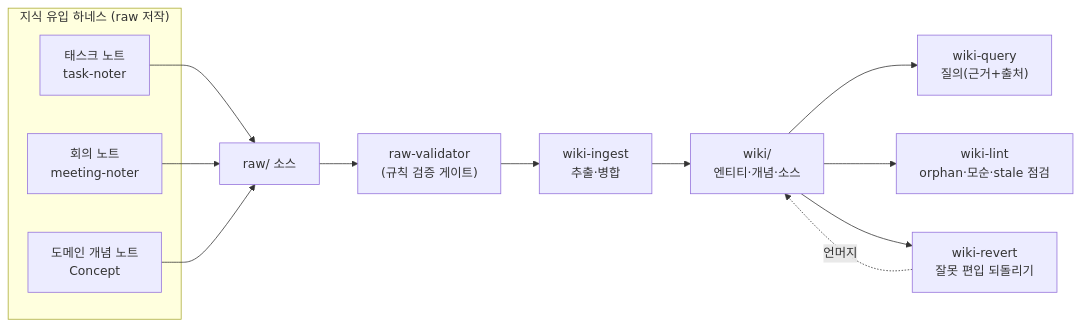
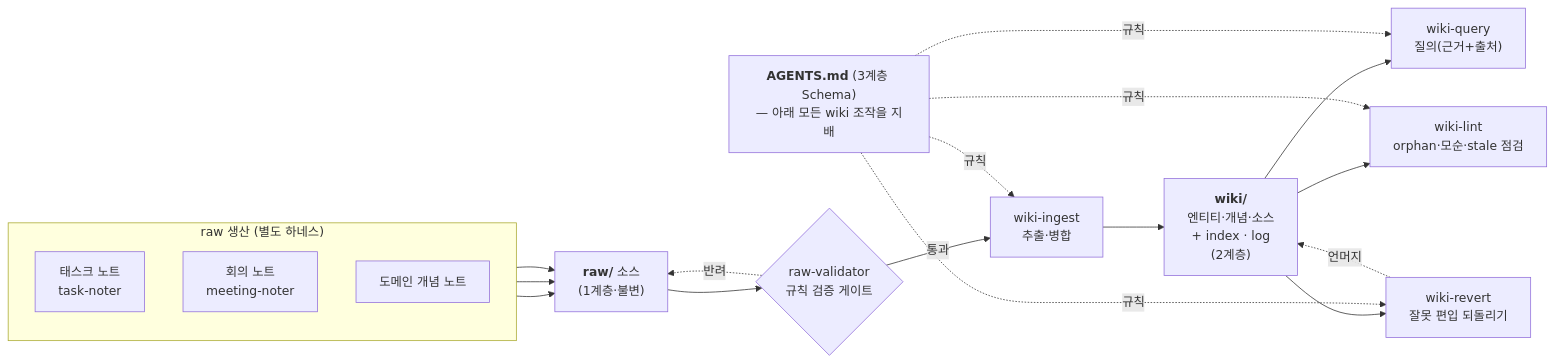
Before and after one commit to jsyang-dev/lucid-log: the first of 2 diagrams in src/content/blog/LLM-Wiki-하네스-구현-사례.md, drawn with Mermaid. The commit also changed other lines of this file and 1 other file, not shown here.

````diff
--- a/src/content/blog/LLM-Wiki-하네스-구현-사례.md
+++ b/src/content/blog/LLM-Wiki-하네스-구현-사례.md
@@ -84,24 +117,33 @@
 ```mermaid
 flowchart LR
-    subgraph FEED["지식 유입 하네스 (raw 저작)"]
+    subgraph FEED["raw 생산 (별도 하네스)"]
+        direction TB
         T["태스크 노트<br/>task-noter"]
         M["회의 노트<br/>meeting-noter"]
-        C["도메인 개념 노트<br/>Concept"]
+        C["도메인 개념 노트"]
     end
-    RAW["raw/ 소스"]
-    VAL["raw-validator<br/>(규칙 검증 게이트)"]
+
+    RAW["<b>raw/</b> 소스<br/>(1계층·불변)"]
+    VAL{"raw-validator<br/>규칙 검증 게이트"}
     ING["wiki-ingest<br/>추출·병합"]
-    WIKI["wiki/<br/>엔티티·개념·소스"]
+    WIKI["<b>wiki/</b><br/>엔티티·개념·소스<br/>+ index · log<br/>(2계층)"]
     Q["wiki-query<br/>질의(근거+출처)"]
     L["wiki-lint<br/>orphan·모순·stale 점검"]
     R["wiki-revert<br/>잘못 편입 되돌리기"]
 
     T --> RAW
     M --> RAW
     C --> RAW
-    RAW --> VAL --> ING --> WIKI
+    RAW --> VAL -->|통과| ING --> WIKI
+    VAL -.반려.-> RAW
     WIKI --> Q
     WIKI --> L
     WIKI --> R
     R -.언머지.-> WIKI
+
+    AGENTS["<b>AGENTS.md</b> (3계층 Schema)<br/>— 아래 모든 wiki 조작을 지배"]
+    AGENTS -.규칙.-> ING
+    AGENTS -.규칙.-> Q
+    AGENTS -.규칙.-> L
+    AGENTS -.규칙.-> R
 ```
````
